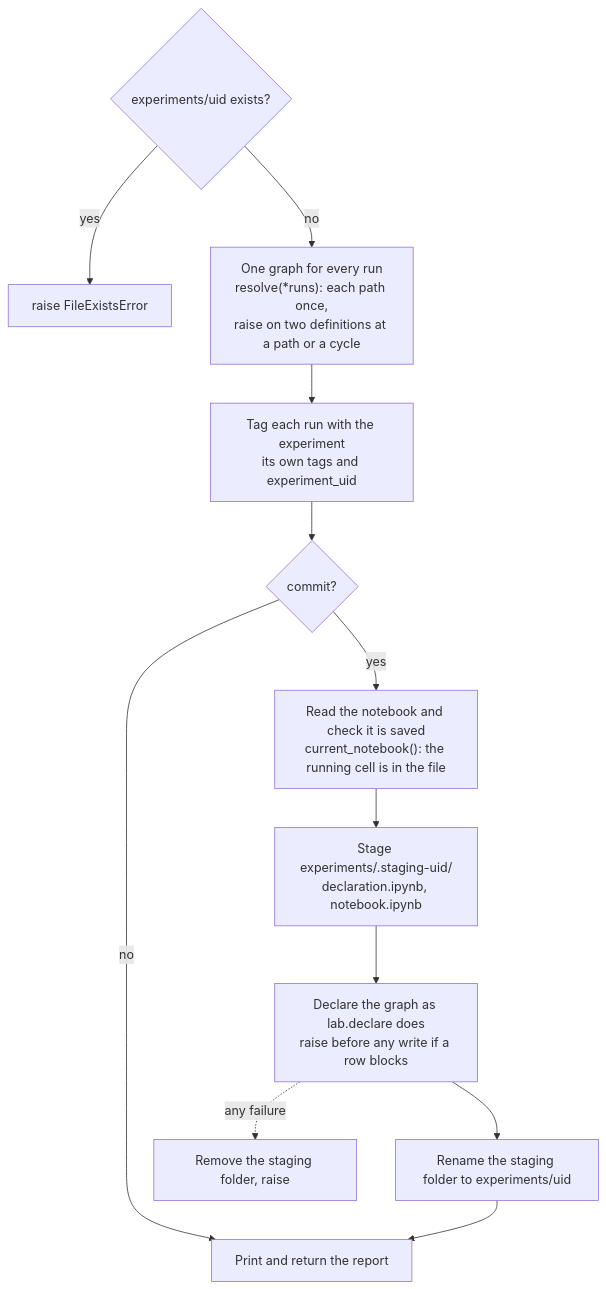
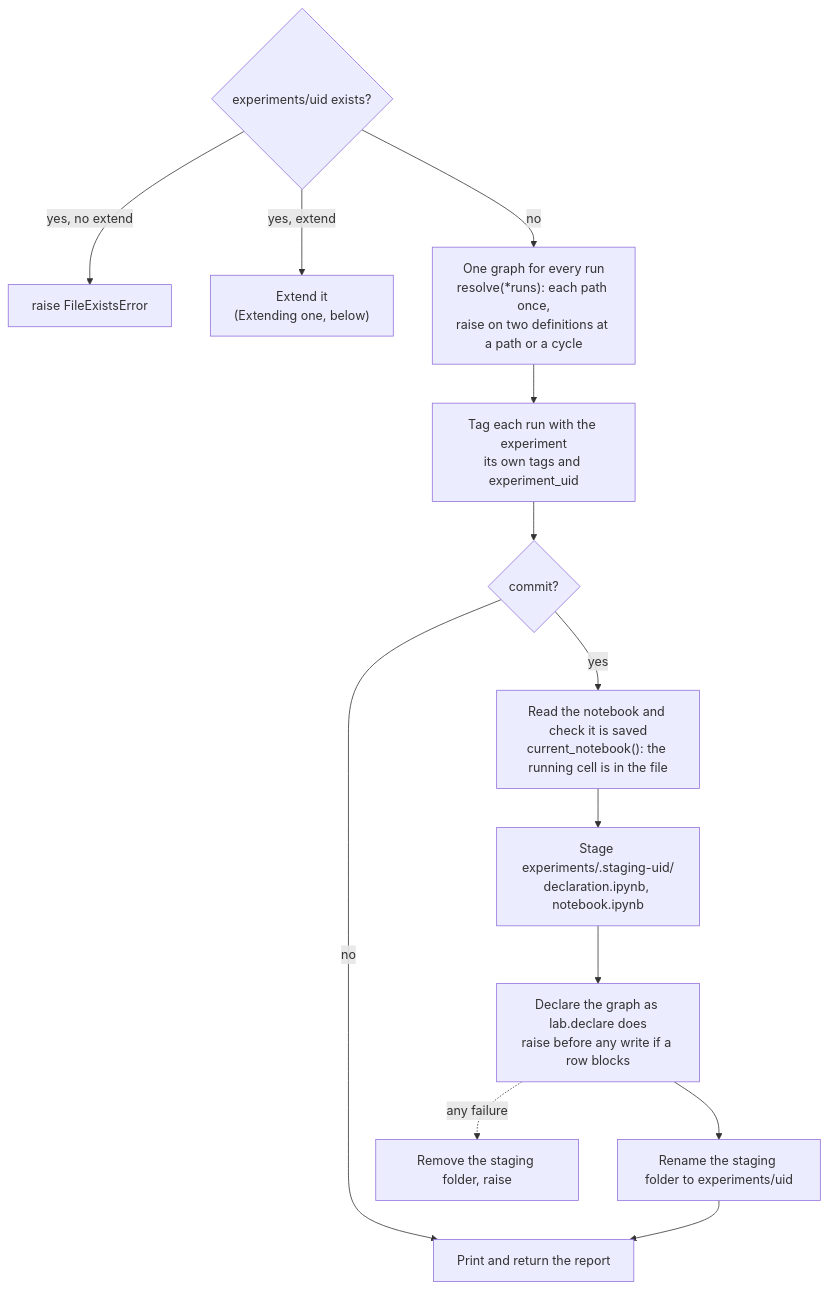
The first of 2 diagrams in docs/experiments.md (ocanphys/launchpad), drawn with Mermaid before and after one commit. The commit also changed other lines of this file and 32 other files, not shown here.

````diff
--- a/docs/experiments.md
+++ b/docs/experiments.md
@@ -23,14 +23,15 @@
 ```mermaid
 flowchart TD
-  U{"experiments/uid exists?"} -->|yes| TAKEN["raise FileExistsError"]
+  U{"experiments/uid exists?"} -->|"yes, no extend"| TAKEN["raise FileExistsError"]
+  U -->|"yes, extend"| EXT["Extend it<br/>(Extending one, below)"]
   U -->|no| G["One graph for every run<br/>resolve(*runs): each path once,<br/>raise on two definitions at a path or a cycle"]
   G --> T["Tag each run with the experiment<br/>its own tags and experiment_uid"]
   T --> P{"commit?"}
   P -->|no| REP["Print and return the report"]
   P -->|yes| NB["Read the notebook and check it is saved<br/>current_notebook(): the running cell is in the file"]
   NB --> ST["Stage experiments/.staging-uid/<br/>declaration.ipynb, notebook.ipynb"]
   ST --> D["Declare the graph as lab.declare does<br/>raise before any write if a row blocks"]
   D --> MV["Rename the staging folder to experiments/uid"]
   MV --> REP
   D -.->|"any failure"| RM["Remove the staging folder, raise"]
 ```
````
